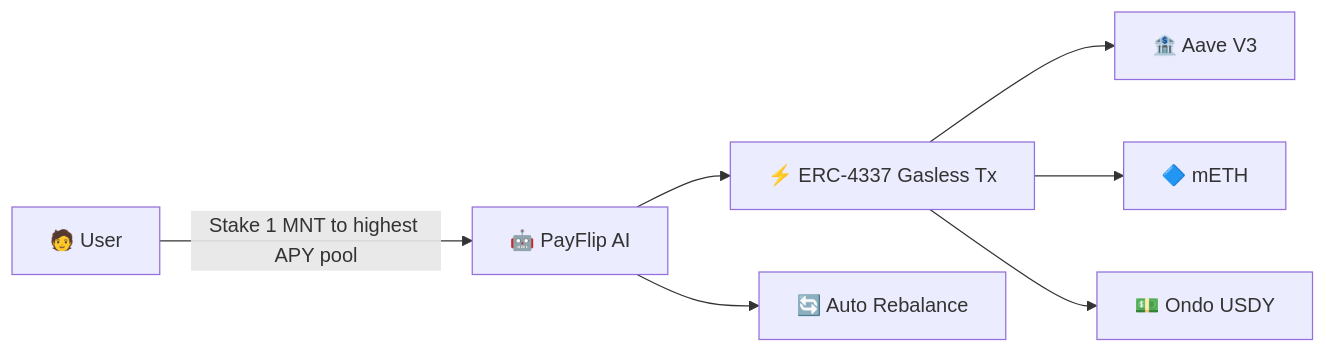
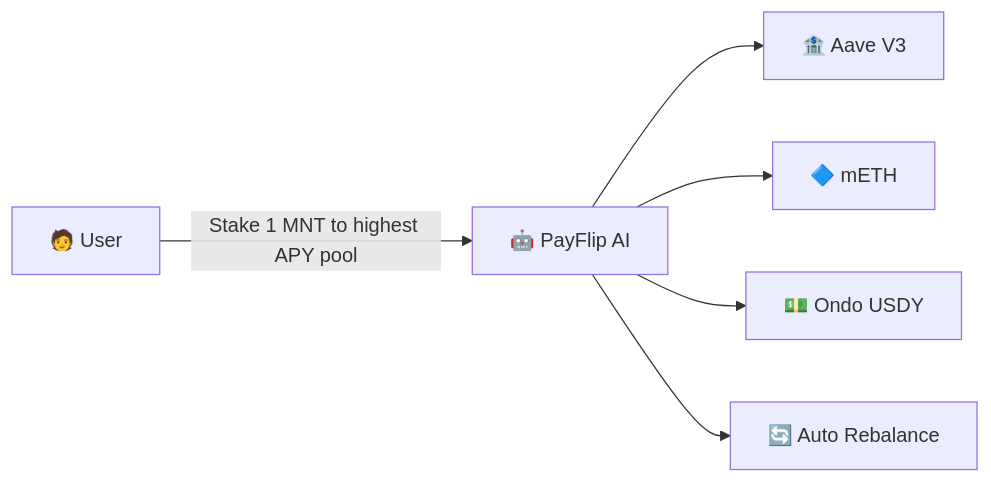
The first of 4 diagrams in README.md (cxllllllllll28/payfilp), drawn with Mermaid before and after one commit. The commit also changed other lines of this file and 6 other files, not shown here.

````diff
--- a/README.md
+++ b/README.md
@@ -24,9 +24,8 @@
 ```mermaid
 flowchart LR
     A[🧑 User] -->|"Stake 1 MNT to highest APY pool"| B[🤖 PayFlip AI]
-    B --> C[⚡ ERC-4337 Gasless Tx]
-    C --> D[🏦 Aave V3]
-    C --> E[🔷 mETH]
-    C --> F[💵 Ondo USDY]
+    B --> D[🏦 Aave V3]
+    B --> E[🔷 mETH]
+    B --> F[💵 Ondo USDY]
     B --> G[🔄 Auto Rebalance]
 ```
````
